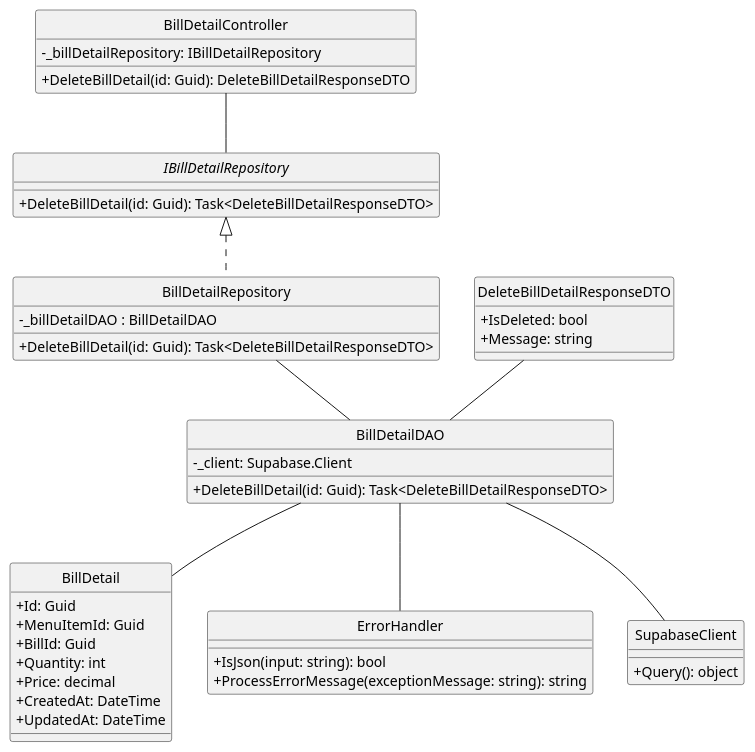
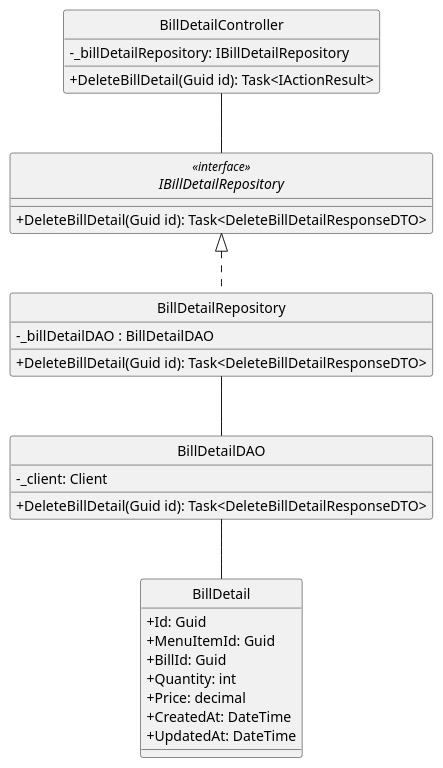
One commit to minhnhut23/FPT-OBOMS changed the diagram in docs/ClassDiagram/BillDetail/Delete.plantuml. Above: the diagram before and after it, drawn with PlantUML. The commit also changed 50 other files, not shown here.

Commit message:
Update class diagram of table, type. bill. billdetail

```diff
--- a/docs/ClassDiagram/BillDetail/Delete.plantuml
+++ b/docs/ClassDiagram/BillDetail/Delete.plantuml
@@ -1,56 +1,39 @@
 @startuml
 hide circle
 skinparam classAttributeIconSize 0
 
 class BillDetailController {
     - _billDetailRepository: IBillDetailRepository 
-    + DeleteBillDetail(id: Guid): DeleteBillDetailResponseDTO
+    + DeleteBillDetail(Guid id): Task<IActionResult>
 }
 
-interface IBillDetailRepository {
-    +DeleteBillDetail(id: Guid): Task<DeleteBillDetailResponseDTO>
+interface IBillDetailRepository<<interface>>  {
+    +DeleteBillDetail(Guid id): Task<DeleteBillDetailResponseDTO>
 }
 
 class BillDetailRepository {
     - _billDetailDAO : BillDetailDAO
-    +DeleteBillDetail(id: Guid): Task<DeleteBillDetailResponseDTO>
+    +DeleteBillDetail(Guid id): Task<DeleteBillDetailResponseDTO>
 }
 
 class BillDetailDAO {
-    - _client: Supabase.Client
-    +DeleteBillDetail(id: Guid): Task<DeleteBillDetailResponseDTO>
+    - _client: Client
+    +DeleteBillDetail(Guid id): Task<DeleteBillDetailResponseDTO>
 }
 
 class BillDetail {
     +Id: Guid
     +MenuItemId: Guid
     +BillId: Guid
     +Quantity: int
     +Price: decimal
     +CreatedAt: DateTime
     +UpdatedAt: DateTime
 }
 
-class DeleteBillDetailResponseDTO {
-    +IsDeleted: bool
-    +Message: string
-}
-
-class ErrorHandler {
-    +IsJson(input: string): bool
-    +ProcessErrorMessage(exceptionMessage: string): string
-}
-
-class SupabaseClient {
-    +Query(): object
-}
-
 BillDetailController -- IBillDetailRepository
 IBillDetailRepository <|.. BillDetailRepository
 BillDetailRepository -- BillDetailDAO
 BillDetailDAO -- BillDetail
-DeleteBillDetailResponseDTO -- BillDetailDAO
-BillDetailDAO -- ErrorHandler
-BillDetailDAO -- SupabaseClient
 
 @enduml
```
